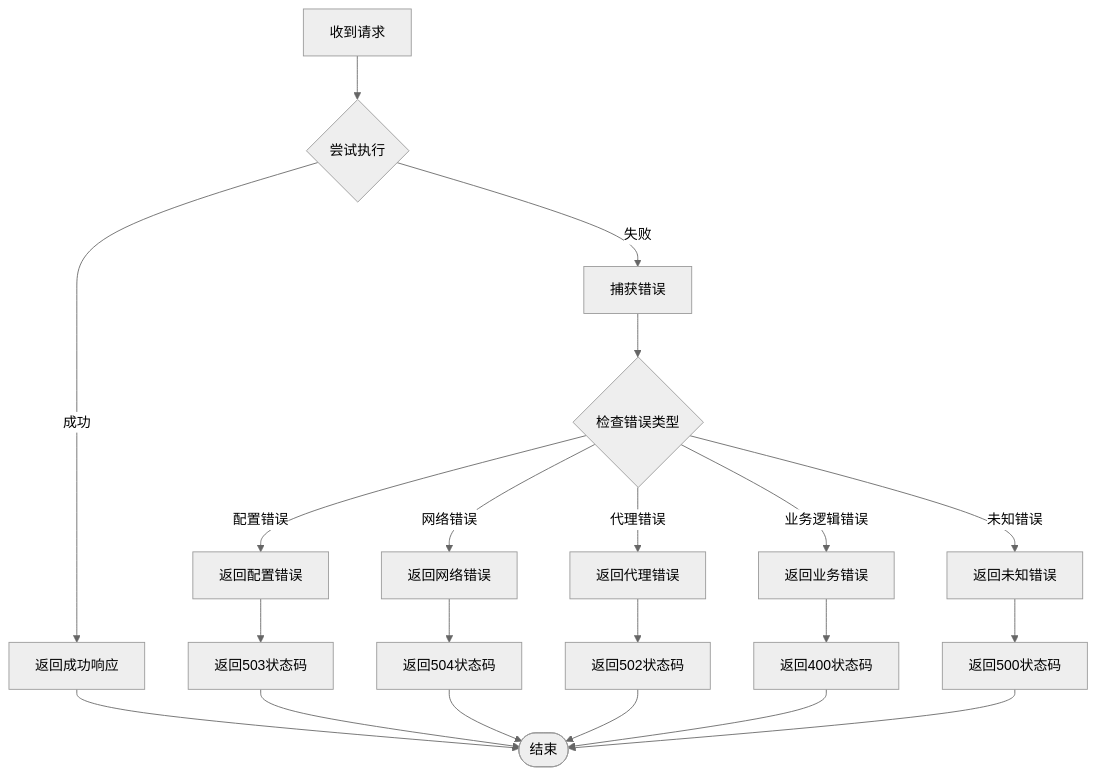
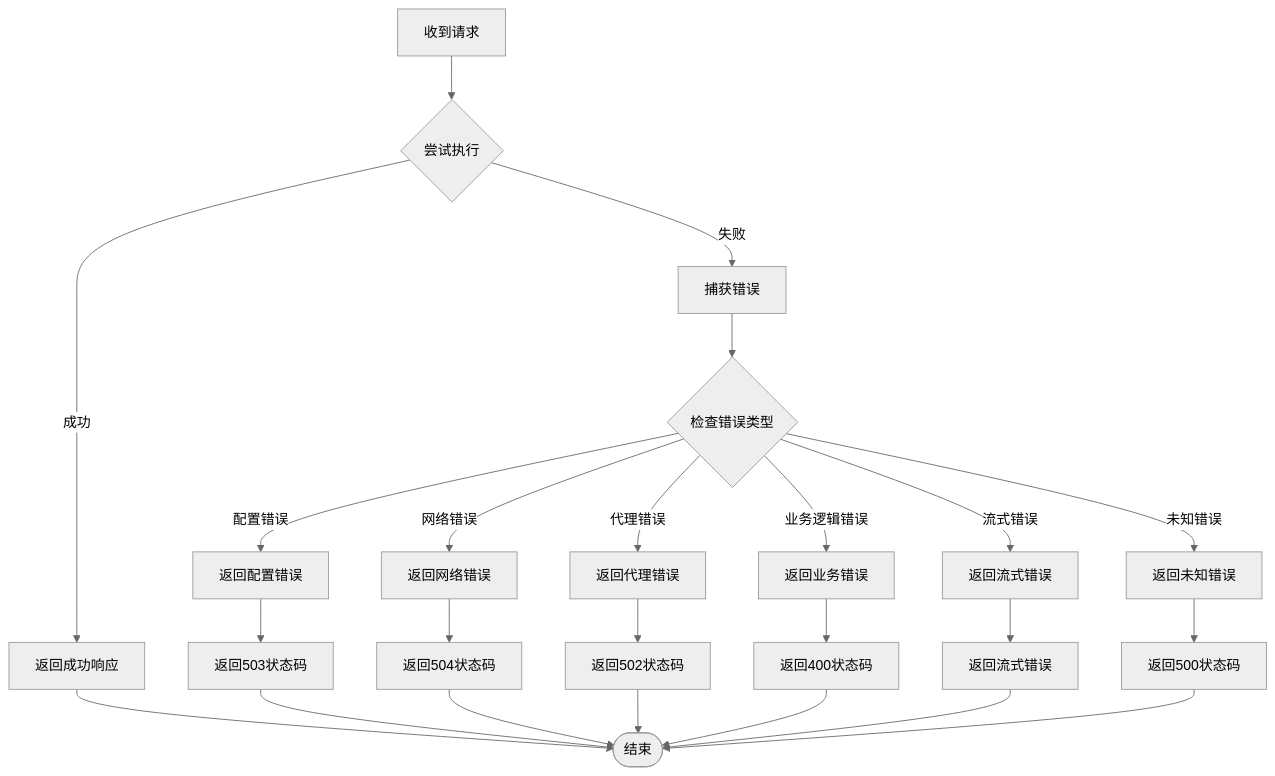
Before and after one commit to CryptoLinxu/Web3-AI-Agent: diagram 15 of 15 in .qoder/repowiki/zh/content/项目概述/整体架构概览/AI提供程序集成.md, drawn with Mermaid (neutral theme). The commit also changed other lines of this file and 5 other files, not shown here.

````diff
--- a/.qoder/repowiki/zh/content/项目概述/整体架构概览/AI提供程序集成.md
+++ b/.qoder/repowiki/zh/content/项目概述/整体架构概览/AI提供程序集成.md
@@ -578,23 +777,26 @@
 ```mermaid
 flowchart TD
 Request[收到请求] --> TryExecute{尝试执行}
 TryExecute --> |成功| Success[返回成功响应]
 TryExecute --> |失败| CatchError[捕获错误]
 CatchError --> CheckType{检查错误类型}
 CheckType --> |配置错误| ConfigError[返回配置错误]
 CheckType --> |网络错误| NetworkError[返回网络错误]
 CheckType --> |代理错误| ProxyError[返回代理错误]
 CheckType --> |业务逻辑错误| BusinessError[返回业务错误]
+CheckType --> |流式错误| StreamError[返回流式错误]
 CheckType --> |未知错误| UnknownError[返回未知错误]
 ConfigError --> ReturnConfigError[返回503状态码]
 NetworkError --> ReturnNetworkError[返回504状态码]
 ProxyError --> ReturnProxyError[返回502状态码]
 BusinessError --> ReturnBusinessError[返回400状态码]
+StreamError --> ReturnStreamError[返回流式错误]
 UnknownError --> ReturnUnknownError[返回500状态码]
 Success --> End([结束])
 ReturnConfigError --> End
 ReturnNetworkError --> End
 ReturnProxyError --> End
 ReturnBusinessError --> End
+ReturnStreamError --> End
 ReturnUnknownError --> End
 ```
````
